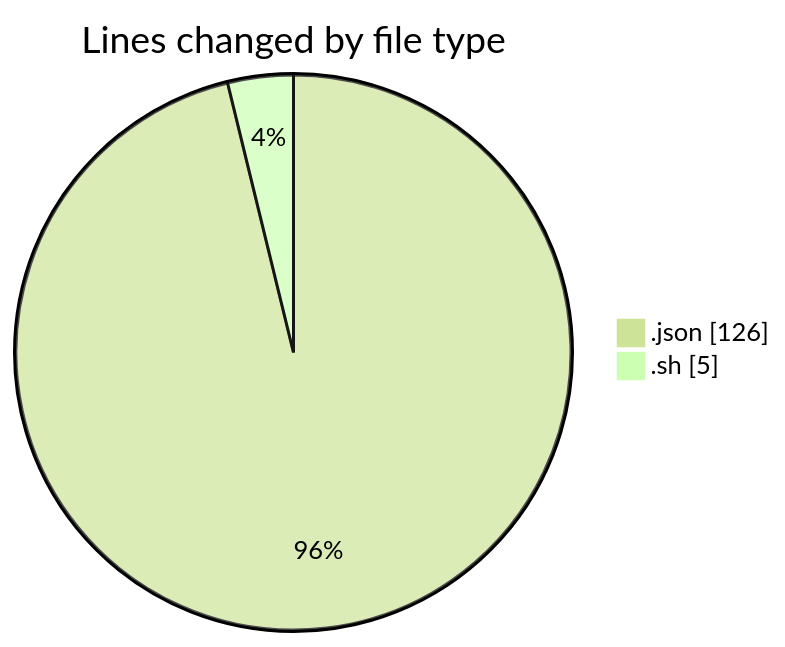
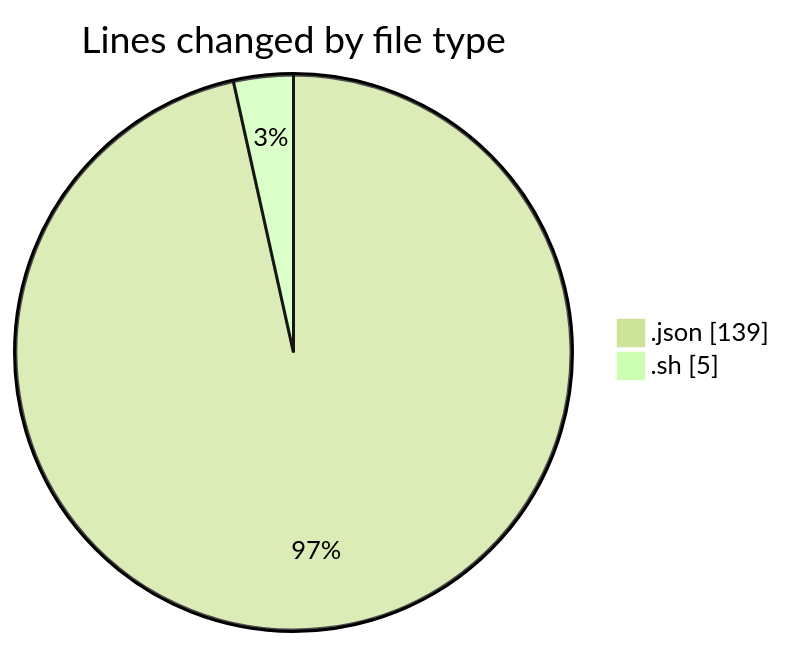
One commit to EIIisD/code-tracking changed the first of 2 diagrams in 2025-07-31/_claude/README.md. Above: the diagram before and after it, drawn with Mermaid (forest theme). The commit also changed other lines of this file and 1 other file, not shown here.

````diff
--- a/2025-07-31/_claude/README.md
+++ b/2025-07-31/_claude/README.md
@@ -21,6 +21,6 @@
 ```mermaid
 pie showData
 title Lines changed by file type
-".json" : 126
+".json" : 139
 ".sh" : 5
 ```
````
